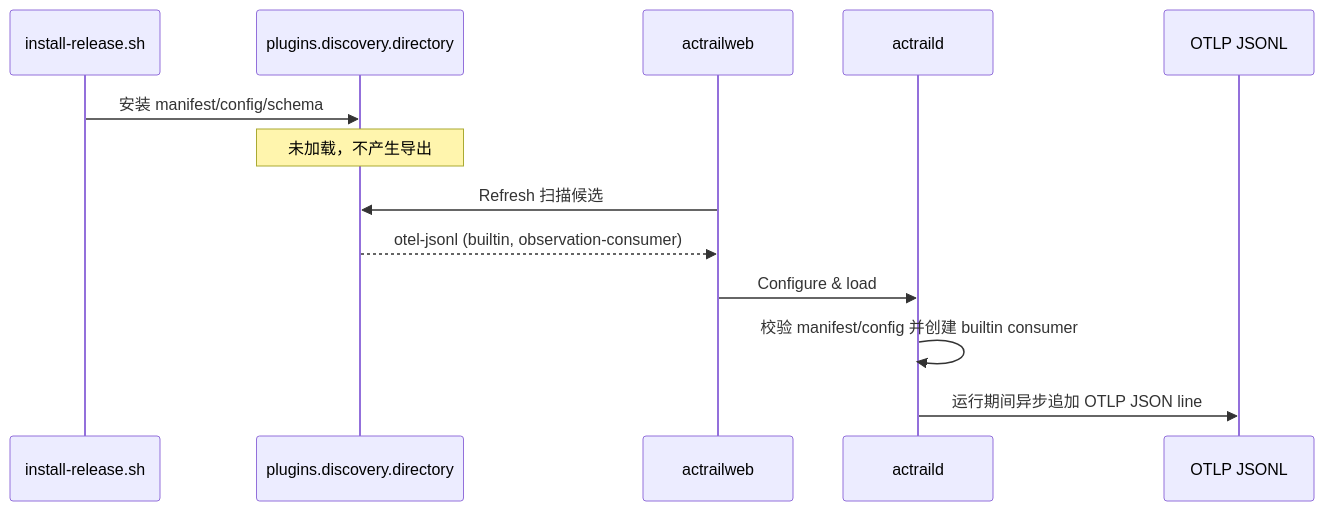
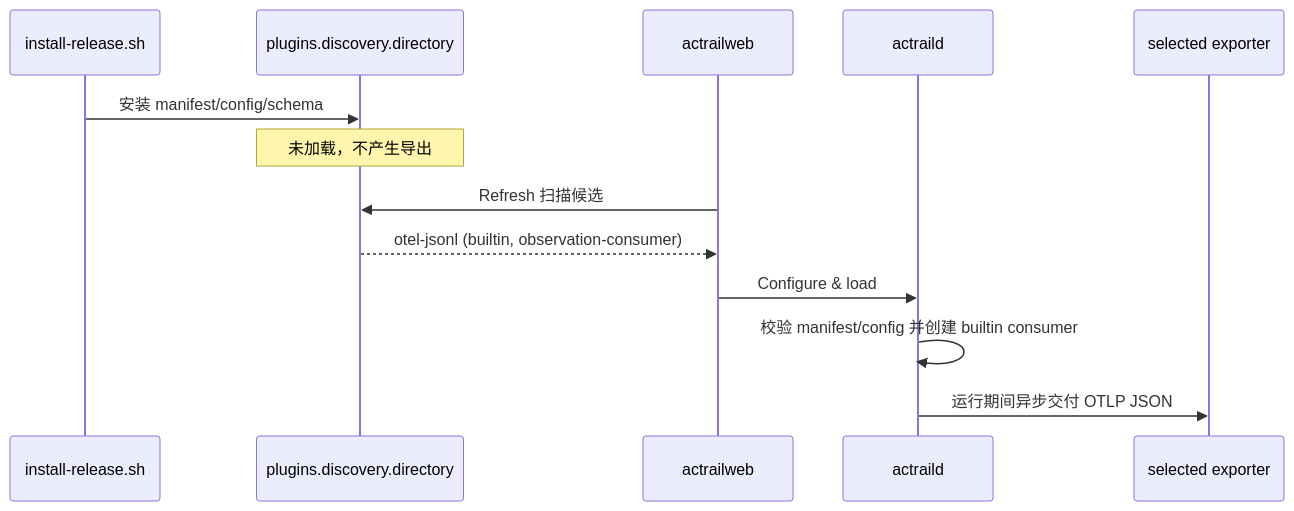
The diagram in docs/designs/plugins/otel-jsonl/builtin-candidate-discovery.zh.md (openeuler-mirror/AcTrail), drawn with Mermaid before and after one commit. The commit also changed other lines of this file and 61 other files, not shown here.

First line of the commit message:
feat(otel-jsonl): add selectable JSON-RPC exporter

````diff
--- a/docs/designs/plugins/otel-jsonl/builtin-candidate-discovery.zh.md
+++ b/docs/designs/plugins/otel-jsonl/builtin-candidate-discovery.zh.md
@@ -89,16 +94,16 @@
 ```mermaid
 sequenceDiagram
     participant Installer as install-release.sh
     participant Directory as plugins.discovery.directory
     participant Web as actrailweb
     participant Daemon as actraild
-    participant File as OTLP JSONL
+    participant Sink as selected exporter
 
     Installer->>Directory: 安装 manifest/config/schema
     Note over Directory: 未加载，不产生导出
     Web->>Directory: Refresh 扫描候选
     Directory-->>Web: otel-jsonl (builtin, observation-consumer)
     Web->>Daemon: Configure & load
     Daemon->>Daemon: 校验 manifest/config 并创建 builtin consumer
-    Daemon->>File: 运行期间异步追加 OTLP JSON line
+    Daemon->>Sink: 运行期间异步交付 OTLP JSON
 ```
````
